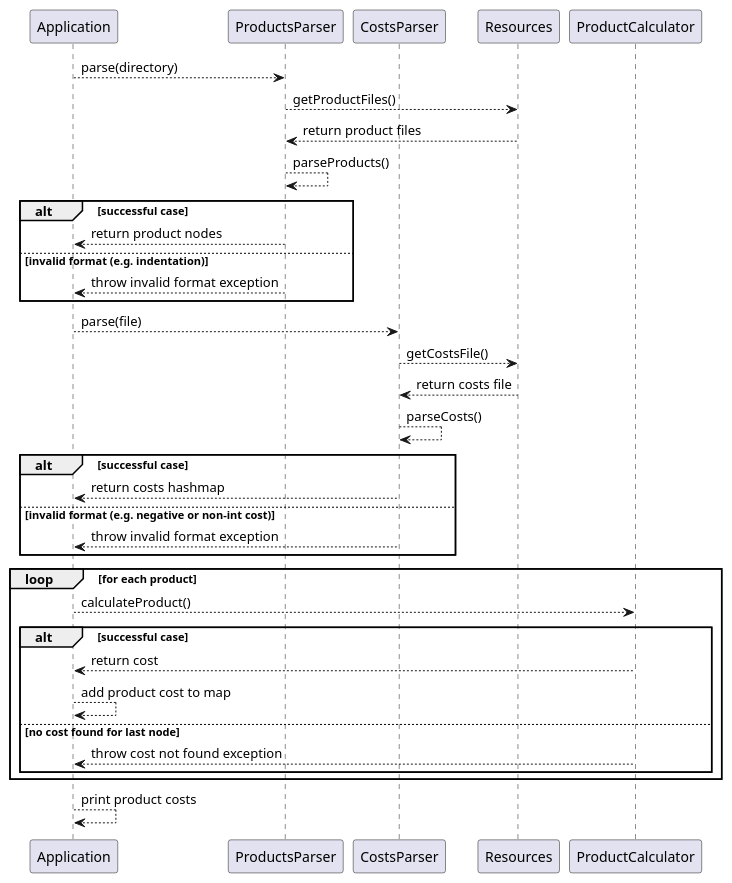
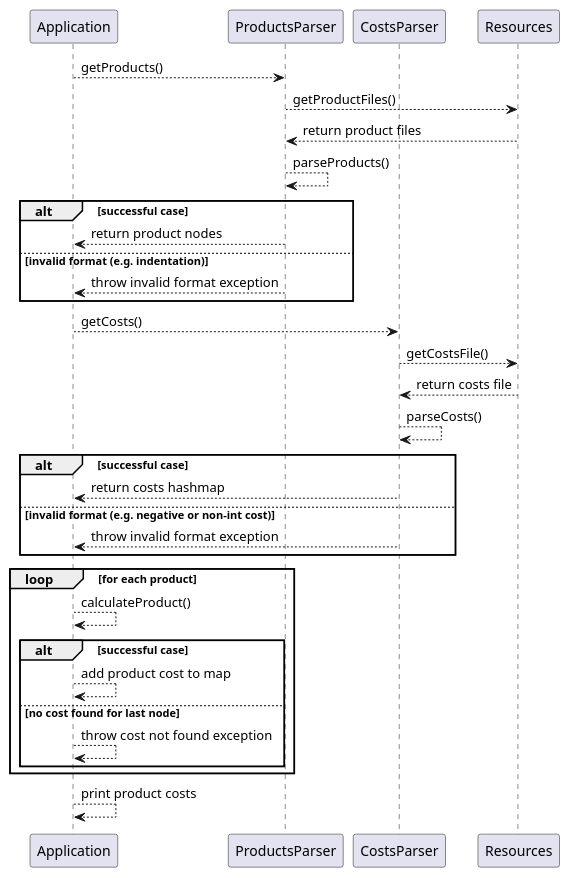
One commit to Jack272Hughes/uni-data-structures-and-algorithms changed the diagram in docs/code/sequence-diagram.pu. Above: the diagram before and after it, drawn with PlantUML. The commit also changed 9 other files, not shown here.

```diff
--- a/docs/code/sequence-diagram.pu
+++ b/docs/code/sequence-diagram.pu
@@ -1,41 +1,39 @@
 @startuml
 
 participant Application
 participant ProductsParser
 participant CostsParser
 participant Resources
-participant ProductCalculator
 
-Application --> ProductsParser: parse(directory)
+Application --> ProductsParser: getProducts()
 ProductsParser --> Resources: getProductFiles()
 ProductsParser <-- Resources: return product files
 ProductsParser --> ProductsParser: parseProducts()
 alt successful case
   Application <-- ProductsParser: return product nodes
 else invalid format (e.g. indentation)
   Application <-- ProductsParser: throw invalid format exception
 end
 
-Application --> CostsParser: parse(file)
+Application --> CostsParser: getCosts()
 CostsParser --> Resources: getCostsFile()
 CostsParser <-- Resources: return costs file
 CostsParser --> CostsParser: parseCosts()
 alt successful case
   Application <-- CostsParser: return costs hashmap
 else invalid format (e.g. negative or non-int cost)
   Application <-- CostsParser: throw invalid format exception
 end
 
 loop for each product
-  Application --> ProductCalculator: calculateProduct()
+  Application --> Application: calculateProduct()
   alt successful case
-    Application <-- ProductCalculator: return cost
     Application --> Application: add product cost to map
   else no cost found for last node
-    Application <-- ProductCalculator: throw cost not found exception
+    Application --> Application: throw cost not found exception
   end
 end
 
 Application --> Application: print product costs
 
 @enduml
```
